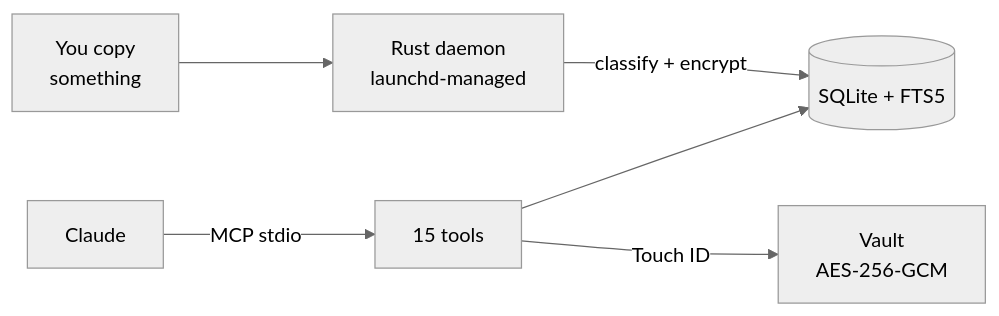
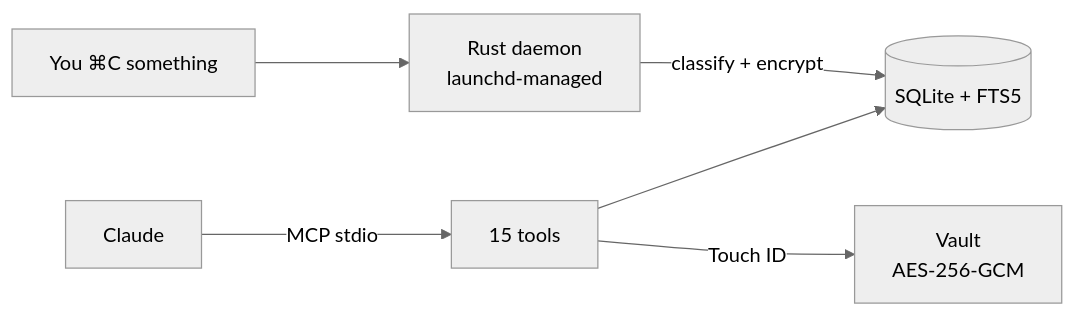
The diagram in README.md (d-khomenko/clipboard-history-mcp), drawn with Mermaid (neutral theme) before and after one commit. The commit also changed other lines of this file and 1 other file, not shown here.

````diff
--- a/README.md
+++ b/README.md
@@ -7,8 +5,8 @@
 ```mermaid
 flowchart LR
-  U[You copy<br/>something] --> D[Rust daemon<br/>launchd-managed]
+  U[You ⌘C something] --> D[Rust daemon<br/>launchd-managed]
   D -->|classify + encrypt| DB[(SQLite + FTS5)]
   C[Claude] -->|MCP stdio| M[15 tools]
   M --> DB
   M -->|Touch ID| V[Vault<br/>AES-256-GCM]
 ```
````
